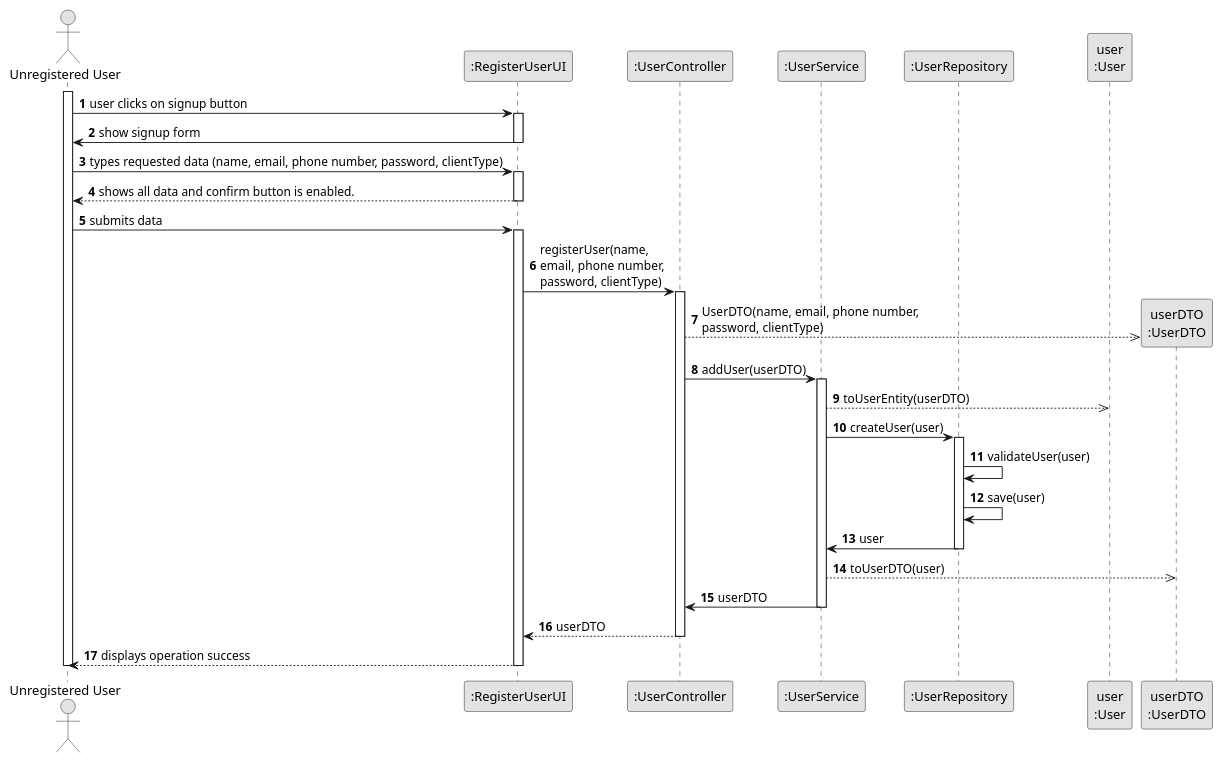
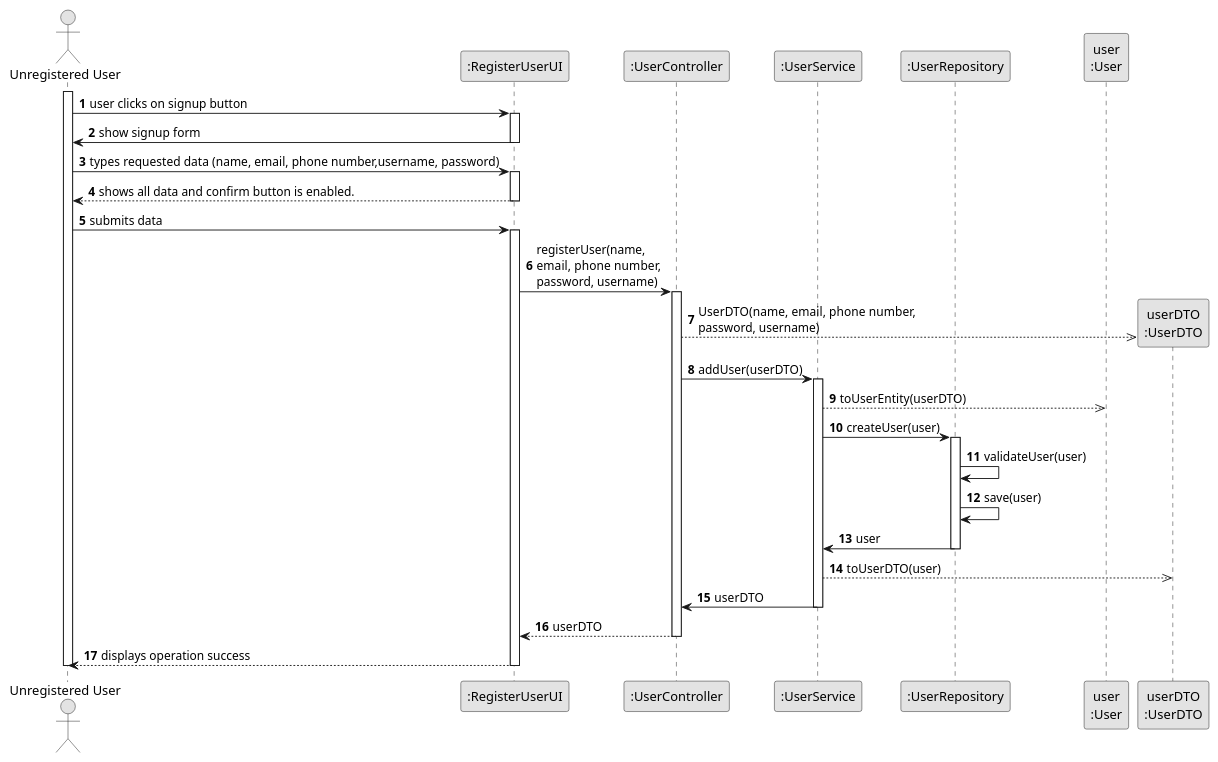
The diagram in Docs/US01/03-design/US01-SD.puml (vivianeaalmeida/ComeAndGet), drawn with PlantUML before and after one commit. The commit also changed 23 other files, not shown here.

```diff
--- a/Docs/US01/03-design/US01-SD.puml
+++ b/Docs/US01/03-design/US01-SD.puml
@@ -1,62 +1,62 @@
 @startuml
 skinparam monochrome true
 skinparam packageStyle rectangle
 skinparam shadowing false
 
 autonumber
 
 actor "Unregistered User" as User
 participant ":RegisterUserUI" as UI
 participant ":UserController" as CTRL
 participant ":UserService" as UserService
 participant ":UserRepository" as UserRepository
 participant "user\n:User" as UserModel
 participant "userDTO\n:UserDTO" as UserDTO
 
 activate User
 
     User -> UI : user clicks on signup button
     activate UI
 
     UI -> User : show signup form
     deactivate UI
 
-    User -> UI : types requested data (name, email, phone number, password, clientType)
+    User -> UI : types requested data (name, email, phone number,username, password)
     activate UI
 
     UI ---> User : shows all data and confirm button is enabled.
     deactivate UI
 
     User -> UI : submits data
     activate UI
 
-        UI -> CTRL : registerUser(name,\nemail, phone number,\npassword, clientType)
+        UI -> CTRL : registerUser(name,\nemail, phone number,\npassword, username)
         activate CTRL
 
-            CTRL -->> UserDTO**: UserDTO(name, email, phone number,\npassword, clientType)
+            CTRL -->> UserDTO**: UserDTO(name, email, phone number,\npassword, username)
 
             CTRL -> UserService : addUser(userDTO)
             activate UserService
 
             UserService -->> UserModel: toUserEntity(userDTO)
 
             UserService -> UserRepository: createUser(user)
             activate UserRepository
 
             UserRepository -> UserRepository: validateUser(user)
             UserRepository -> UserRepository: save(user)
             UserRepository -> UserService: user
             deactivate UserRepository
 
             UserService -->> UserDTO: toUserDTO(user)
             UserService -> CTRL: userDTO
             deactivate UserService
 
             CTRL --> UI: userDTO
             deactivate CTRL
 
             UI --> User: displays operation success
     deactivate UI
 
 deactivate User
 @enduml
```
